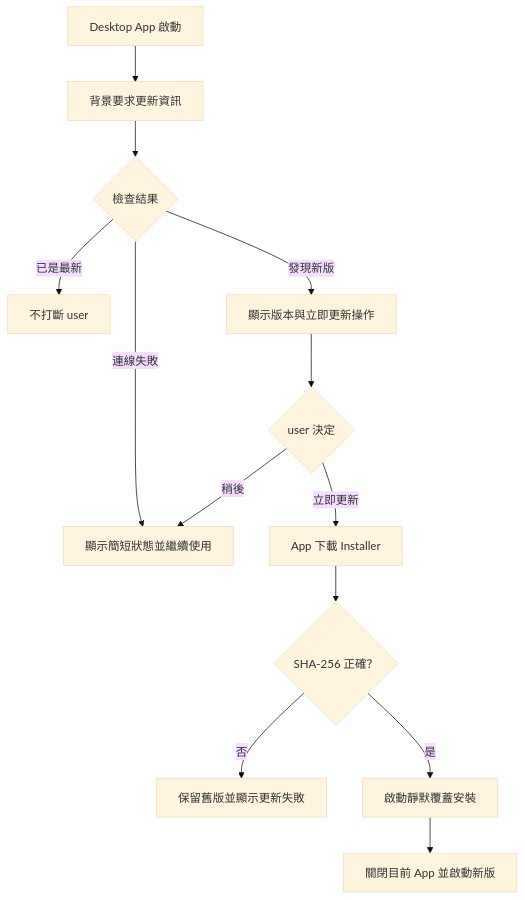
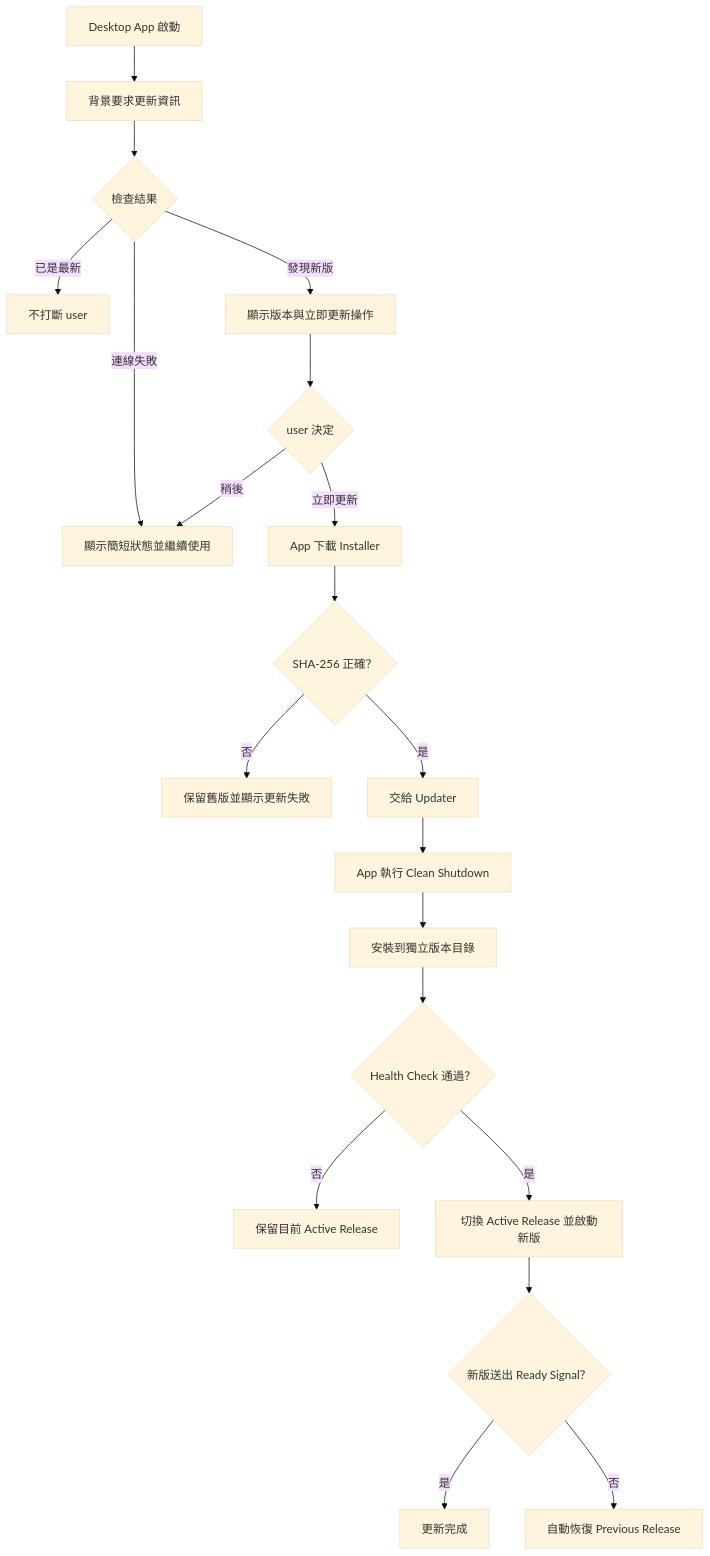
Before and after one commit to conan0220/BAP: the diagram in openspec/specs/desktop-app-update-check/spec.md, drawn with Mermaid (base theme). The commit also changed other lines of this file and 12 other files, not shown here.

````diff
--- a/openspec/specs/desktop-app-update-check/spec.md
+++ b/openspec/specs/desktop-app-update-check/spec.md
@@ -20,15 +23,22 @@
 ```mermaid
 flowchart TD
     START[Desktop App 啟動] --> CHECK[背景要求更新資訊]
     CHECK --> RESULT{檢查結果}
     RESULT -->|已是最新| QUIET[不打斷 user]
     RESULT -->|發現新版| NOTICE[顯示版本與立即更新操作]
     RESULT -->|連線失敗| CONTINUE[顯示簡短狀態並繼續使用]
     NOTICE --> USER{user 決定}
     USER -->|立即更新| DOWNLOAD[App 下載 Installer]
     USER -->|稍後| CONTINUE
     DOWNLOAD --> VERIFY{SHA-256 正確？}
     VERIFY -->|否| FAILED[保留舊版並顯示更新失敗]
-    VERIFY -->|是| INSTALL[啟動靜默覆蓋安裝]
-    INSTALL --> RESTART[關閉目前 App 並啟動新版]
+    VERIFY -->|是| HANDOFF[交給 Updater]
+    HANDOFF --> SHUTDOWN[App 執行 Clean Shutdown]
+    SHUTDOWN --> INSTALL[安裝到獨立版本目錄]
+    INSTALL --> HEALTH{Health Check 通過？}
+    HEALTH -->|否| KEEP[保留目前 Active Release]
+    HEALTH -->|是| SWITCH[切換 Active Release 並啟動新版]
+    SWITCH --> READY{新版送出 Ready Signal？}
+    READY -->|是| DONE[更新完成]
+    READY -->|否| ROLLBACK[自動恢復 Previous Release]
 ```
````
